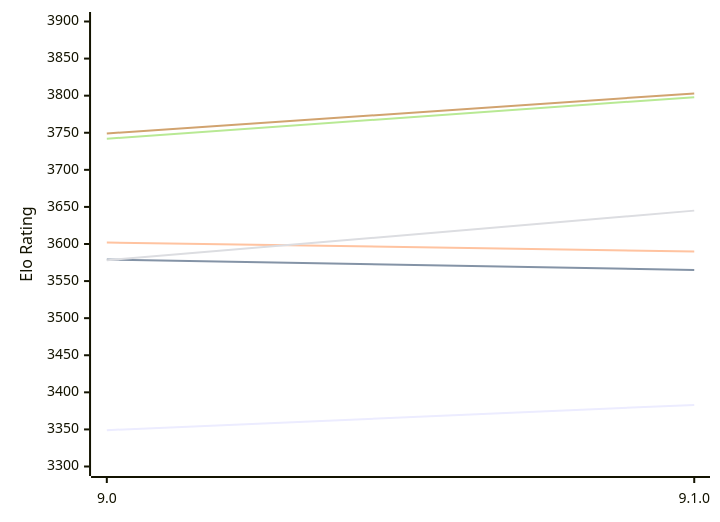
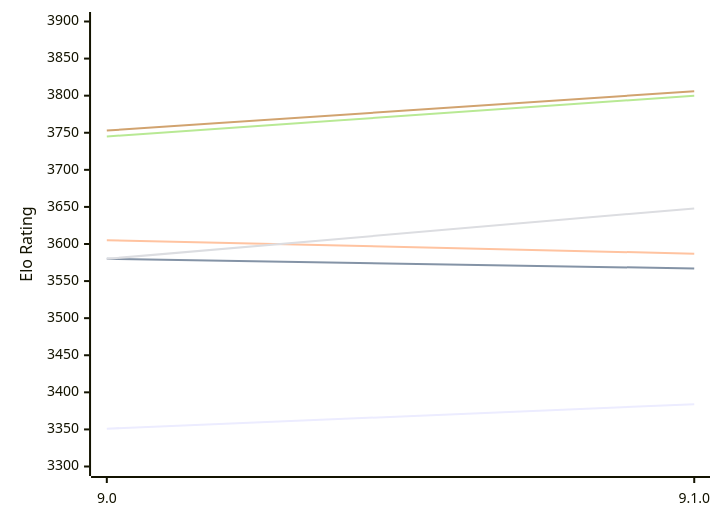
Before and after one commit to computer-chess-index/cci: the first of 2 diagrams in engines/Alexandria.md, drawn with Mermaid. The commit also changed other lines of this file, not shown here.

Commit message:
Update CCI Ratings (ELO VLTC) - 2026-10-11

````diff
--- a/engines/Alexandria.md
+++ b/engines/Alexandria.md
@@ -54,12 +54,12 @@
 ```mermaid
 %%{init: {"theme":"base","themeVariables":{"seriesColors:['#a3a3a3','#222221','#faa371']}}}%%
 xychart-beta
   x-axis ["9.0", "9.1.0"]
   y-axis "Elo Rating" 3300 --> 3900
-  line "E1: STC (8.0+0.08s)" [3349, 3383]
-  line "E1: LTC (60.0+0.60s)" [3579, 3565]
-  line "E1: VLTC (2m24s+1.12s)" [3602, 3590]
-  line "P1: STC (8.0+0.08s)" [3578, 3645]
-  line "P1: LTC (60.0+0.60s)" [3742, 3798]
-  line "P1: VLTC (2m24s+1.12s)" [3749, 3803]
+  line "E1: STC (8.0+0.08s)" [3351, 3384]
+  line "E1: LTC (60.0+0.60s)" [3580, 3567]
+  line "E1: VLTC (2m24s+1.12s)" [3605, 3587]
+  line "P1: STC (8.0+0.08s)" [3580, 3648]
+  line "P1: LTC (60.0+0.60s)" [3745, 3800]
+  line "P1: VLTC (2m24s+1.12s)" [3753, 3806]
 ```
````
